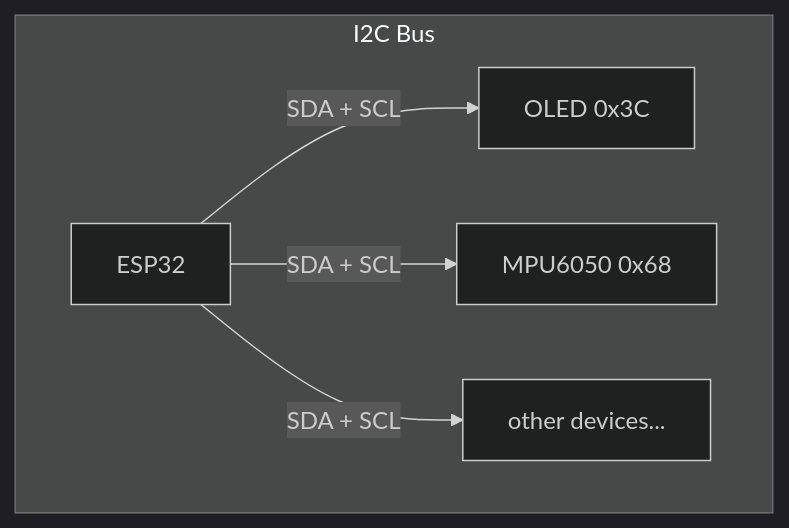
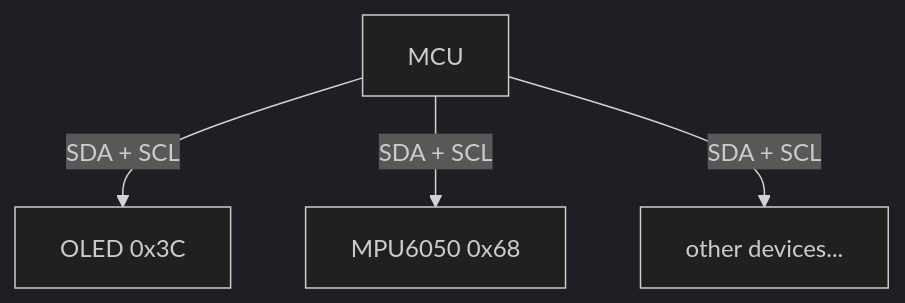
One commit to prgrobots/Iot2_new changed the third of 7 diagrams in slides/0607/slides.md. Above: the diagram before and after it, drawn with Mermaid (dark theme). The commit also changed other lines of this file and 1 other file, not shown here.

First line of the commit message:
Remove rain sensor, fix slide overflow, MCU terminology, ASCII to Mermaid

````diff
--- a/slides/0607/slides.md
+++ b/slides/0607/slides.md
@@ -167,9 +173,6 @@
 ```mermaid
-graph LR
-  subgraph I2C Bus
-    direction LR
-    MCU1[ESP32] -->|SDA + SCL| OLED[OLED 0x3C]
-    MCU1 -->|SDA + SCL| MPU[MPU6050 0x68]
-    MCU1 -->|SDA + SCL| MORE[other devices...]
-  end
+graph TD
+  MCU -->|SDA + SCL| OLED["OLED 0x3C"]
+  MCU -->|SDA + SCL| MPU["MPU6050 0x68"]
+  MCU -->|SDA + SCL| More["other devices..."]
 ```
````
